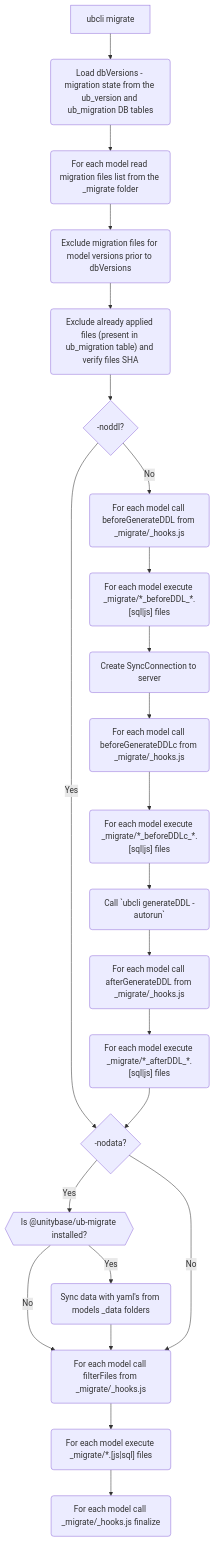
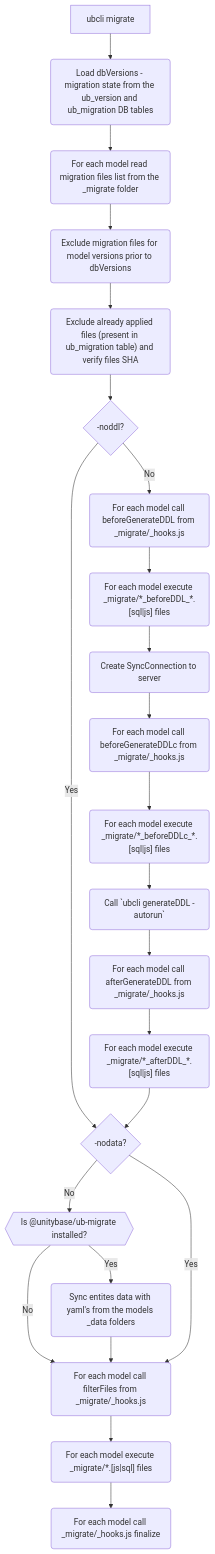
Before and after one commit to AgnitumuS/ubjs: the diagram in tutorials/migrations.md, drawn with Mermaid. The commit also changed other lines of this file, not shown here.

Commit message:
typos in migrations tutorial

````diff
--- a/tutorials/migrations.md
+++ b/tutorials/migrations.md
@@ -24,28 +24,28 @@
 ```mermaid
 graph TD
     start[ubcli migrate] --> dbLoad(Load dbVersions - migration state from the ub_version and ub_migration DB tables)
     dbLoad --> filesLoad(For each model read migration files list from the _migrate folder)
     filesLoad --> filterOutdated(Exclude migration files for model versions prior to dbVersions)
     filterOutdated --> filterApplied("Exclude already applied files (present in ub_migration table) and verify files SHA")
     filterApplied --> noddl{-noddl?}
-    noddl --> |Yes| migrateData{-nodata?}
+    noddl --> |Yes| skipMigrateData{-nodata?}
     noddl --> |No| jsHookBefore(For each model call beforeGenerateDDL from _migrate/_hooks.js)
     jsHookBefore --> fileHookBefore("For each model execute _migrate/*_beforeDDL_*.[sql|js] files")  
     fileHookBefore --> connectToServer(Create SyncConnection to server)
     connectToServer --> jsHookBeforeC(For each model call beforeGenerateDDLc from _migrate/_hooks.js)
     jsHookBeforeC --> fileHookBeforeC("For each model execute _migrate/*_beforeDDLc_*.[sql|js] files")  
     fileHookBeforeC --> generateDDL(Call `ubcli generateDDL -autorun`)
     generateDDL --> jsHookAfter(For each model call afterGenerateDDL from _migrate/_hooks.js)
     jsHookAfter --> fileHookAfter("For each model execute _migrate/*_afterDDL_*.[sql|js] files")  
-    fileHookAfter --> migrateData
-    migrateData --> |Yes| checkUbMigrate{{"Is @unitybase/ub-migrate installed?"}}
-    checkUbMigrate --> |Yes| callUbMigrate(Sync data with yaml's from models _data folders)
+    fileHookAfter --> skipMigrateData
+    skipMigrateData --> |No| checkUbMigrate{{"Is @unitybase/ub-migrate installed?"}}
+    checkUbMigrate --> |Yes| callUbMigrate(Sync entites data with yaml's from the models _data folders)
     checkUbMigrate --> |No| applyfilterFilesHook
     callUbMigrate --> applyfilterFilesHook
-    migrateData --> |No| applyfilterFilesHook(For each model call filterFiles from _migrate/_hooks.js)
+    skipMigrateData --> |Yes| applyfilterFilesHook(For each model call filterFiles from _migrate/_hooks.js)
     applyfilterFilesHook --> executeUsualFiles("For each model execute _migrate/*.[js|sql] files")
     executeUsualFiles --> jsHookFinalyze(For each model call _migrate/_hooks.js finalize)  
     
     click checkUbMigrate "https://git-pub.intecracy.com/unitybase/ub-migrate/-/blob/master/README.md" "Click for @unitybase/ub-migrate documentation"
     click callUbMigrate "https://git-pub.intecracy.com/unitybase/ub-migrate/-/blob/master/README.md" "Click for @unitybase/ub-migrate documentation"
 ```
````
